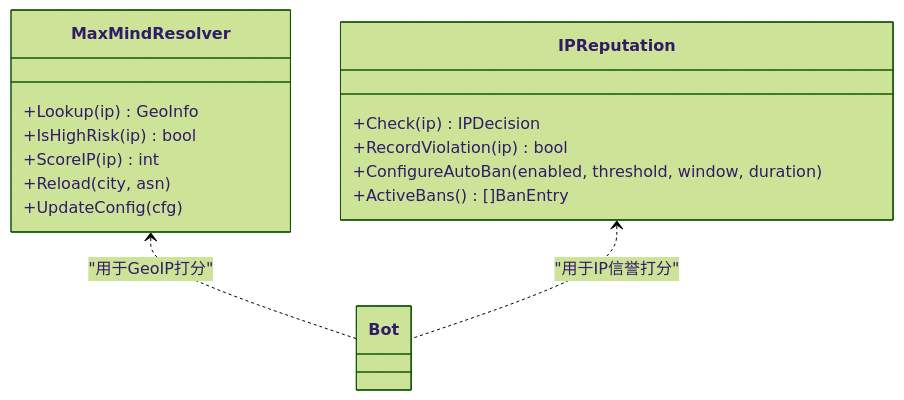
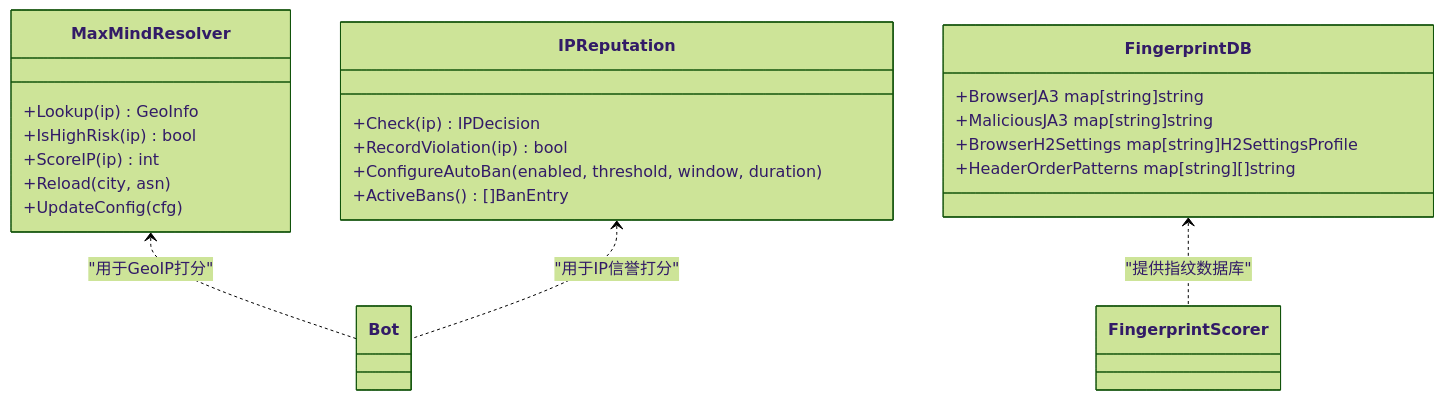
The fifth of 8 diagrams in docs/安全防护功能/机器人检测.md (x01n/My-OpenWaf), drawn with Mermaid (forest theme) before and after one commit. The commit also changed other lines of this file and 51 other files, not shown here.

````diff
--- a/docs/安全防护功能/机器人检测.md
+++ b/docs/安全防护功能/机器人检测.md
@@ -254,18 +320,25 @@
 ```mermaid
 classDiagram
 class MaxMindResolver {
 +Lookup(ip) GeoInfo
 +IsHighRisk(ip) bool
 +ScoreIP(ip) int
 +Reload(city, asn)
 +UpdateConfig(cfg)
 }
 class IPReputation {
 +Check(ip) IPDecision
 +RecordViolation(ip) bool
 +ConfigureAutoBan(enabled, threshold, window, duration)
 +ActiveBans() []BanEntry
 }
+class FingerprintDB {
++BrowserJA3 map[string]string
++MaliciousJA3 map[string]string
++BrowserH2Settings map[string]H2SettingsProfile
++HeaderOrderPatterns map[string][]string
+}
 MaxMindResolver <.. Bot : "用于GeoIP打分"
 IPReputation <.. Bot : "用于IP信誉打分"
+FingerprintDB <.. FingerprintScorer : "提供指纹数据库"
 ```
````
